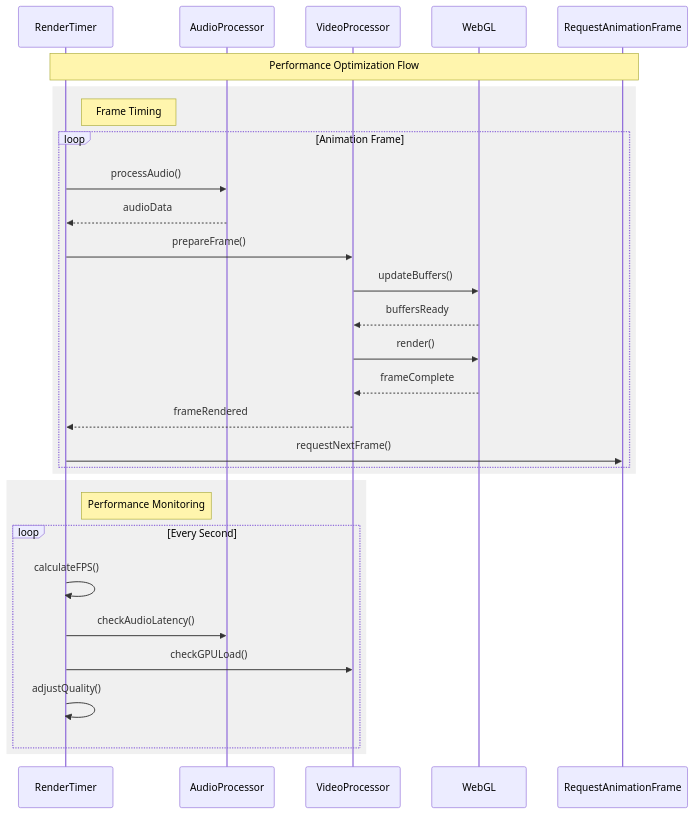
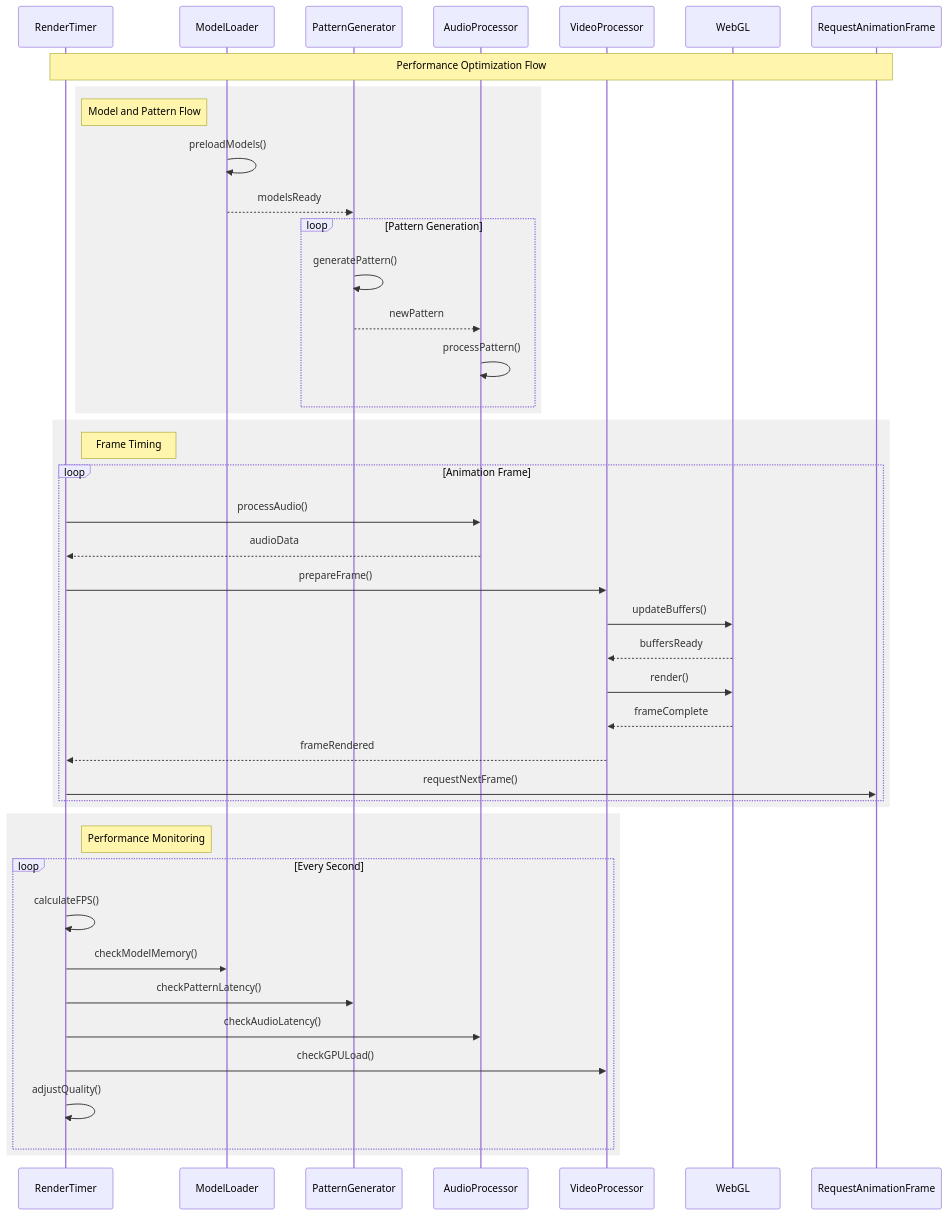
The second of 4 diagrams in diagrams/performance-flow.md (mgantlett/audio-viz), drawn with Mermaid before and after one commit. The commit also changed other lines of this file and 9 other files, not shown here.

First line of the commit message:
feat(audio): enhance audio system with Magenta pattern generation

````diff
--- a/diagrams/performance-flow.md
+++ b/diagrams/performance-flow.md
@@ -73,35 +93,50 @@
 ```mermaid
 sequenceDiagram
     participant RT as RenderTimer
+    participant ML as ModelLoader
+    participant PG as PatternGenerator
     participant AP as AudioProcessor
     participant VP as VideoProcessor
     participant GL as WebGL
     participant RAF as RequestAnimationFrame
 
     Note over RT,RAF: Performance Optimization Flow
+
+    rect rgb(240, 240, 240)
+        Note right of RT: Model and Pattern Flow
+        ML->>ML: preloadModels()
+        ML-->>PG: modelsReady
+        loop Pattern Generation
+            PG->>PG: generatePattern()
+            PG-->>AP: newPattern
+            AP->>AP: processPattern()
+        end
+    end
 
     rect rgb(240, 240, 240)
         Note right of RT: Frame Timing
         loop Animation Frame
             RT->>AP: processAudio()
             AP-->>RT: audioData
             RT->>VP: prepareFrame()
             VP->>GL: updateBuffers()
             GL-->>VP: buffersReady
             VP->>GL: render()
             GL-->>VP: frameComplete
             VP-->>RT: frameRendered
             RT->>RAF: requestNextFrame()
         end
     end
 
     rect rgb(240, 240, 240)
         Note right of RT: Performance Monitoring
         loop Every Second
             RT->>RT: calculateFPS()
+            RT->>ML: checkModelMemory()
+            RT->>PG: checkPatternLatency()
             RT->>AP: checkAudioLatency()
             RT->>VP: checkGPULoad()
             RT->>RT: adjustQuality()
         end
     end
 ```
````
